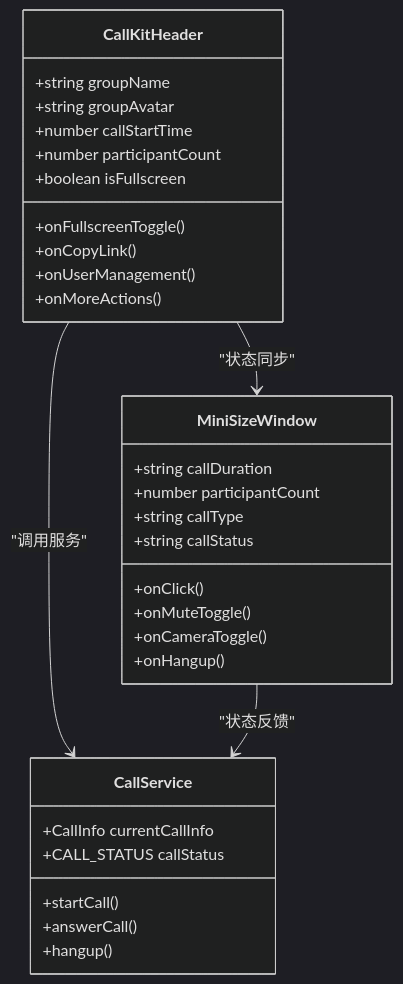
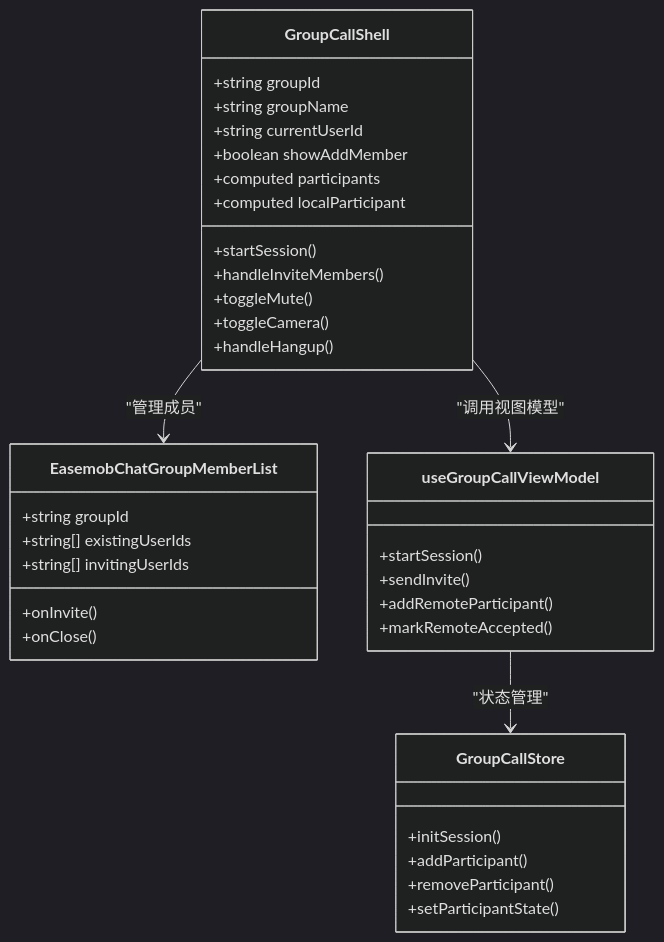
Before and after one commit to Easemob-Community/easemob-uikit-callkit-vue3: the fifth of 7 diagrams in .qoder/repowiki/zh/content/核心组件/群组通话组件/群组通话头部栏.md, drawn with Mermaid (dark theme). The commit also changed other lines of this file and 54 other files, not shown here.

````diff
--- a/.qoder/repowiki/zh/content/核心组件/群组通话组件/群组通话头部栏.md
+++ b/.qoder/repowiki/zh/content/核心组件/群组通话组件/群组通话头部栏.md
@@ -228,34 +241,38 @@
 ```mermaid
 classDiagram
-class CallKitHeader {
+class GroupCallShell {
++string groupId
 +string groupName
-+string groupAvatar
-+number callStartTime
-+number participantCount
-+boolean isFullscreen
-+onFullscreenToggle()
-+onCopyLink()
-+onUserManagement()
-+onMoreActions()
++string currentUserId
++boolean showAddMember
++computed participants
++computed localParticipant
++startSession()
++handleInviteMembers()
++toggleMute()
++toggleCamera()
++handleHangup()
 }
-class MiniSizeWindow {
-+string callDuration
-+number participantCount
-+string callType
-+string callStatus
-+onClick()
-+onMuteToggle()
-+onCameraToggle()
-+onHangup()
+class EasemobChatGroupMemberList {
++string groupId
++string[] existingUserIds
++string[] invitingUserIds
++onInvite()
++onClose()
 }
-class CallService {
-+CallInfo currentCallInfo
-+CALL_STATUS callStatus
-+startCall()
-+answerCall()
-+hangup()
+class useGroupCallViewModel {
++startSession()
++sendInvite()
++addRemoteParticipant()
++markRemoteAccepted()
 }
-CallKitHeader --> MiniSizeWindow : "状态同步"
-CallKitHeader --> CallService : "调用服务"
-MiniSizeWindow --> CallService : "状态反馈"
+class GroupCallStore {
++initSession()
++addParticipant()
++removeParticipant()
++setParticipantState()
+}
+GroupCallShell --> EasemobChatGroupMemberList : "管理成员"
+GroupCallShell --> useGroupCallViewModel : "调用视图模型"
+useGroupCallViewModel --> GroupCallStore : "状态管理"
 ```
````
